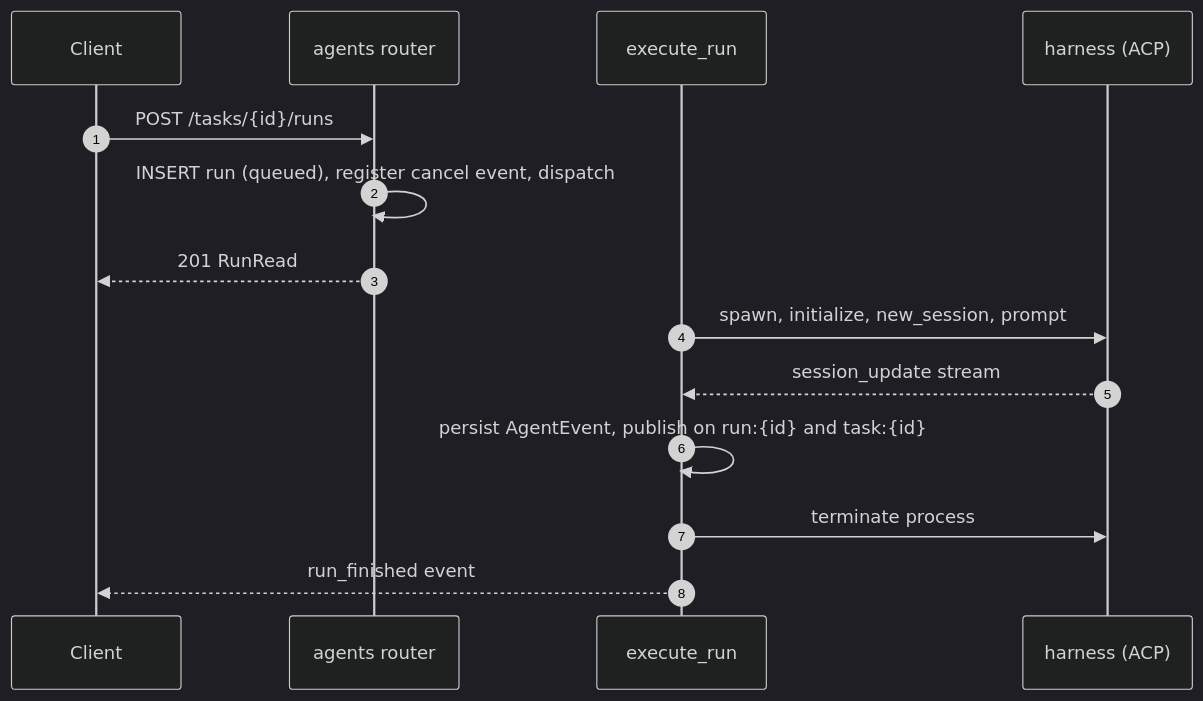
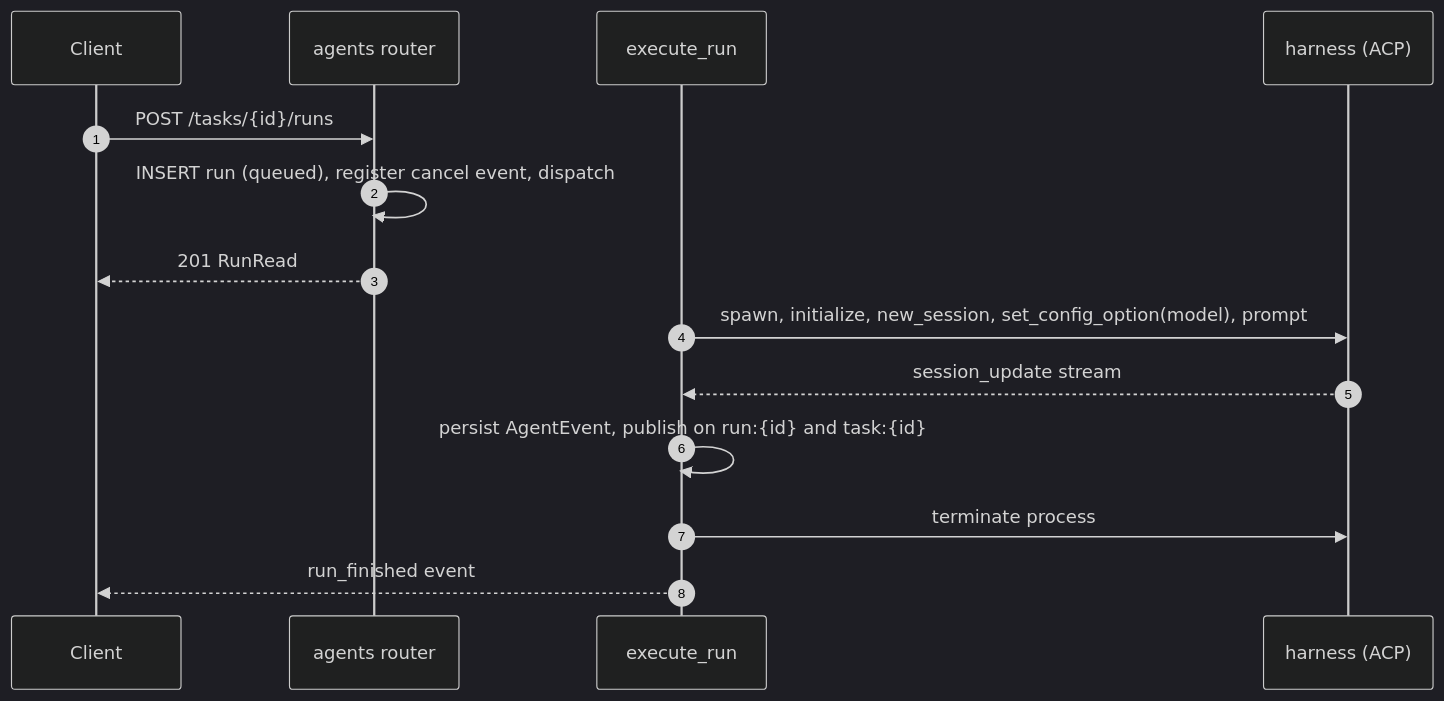
Before and after one commit to TomzxCode/agentic: the second of 2 diagrams in .sdlc/features/p5-agent-runs/specification.md, drawn with Mermaid (dark theme). The commit also changed other lines of this file and 12 other files, not shown here.

````diff
--- a/.sdlc/features/p5-agent-runs/specification.md
+++ b/.sdlc/features/p5-agent-runs/specification.md
@@ -98,16 +98,16 @@
 ```mermaid
 sequenceDiagram
     autonumber
     participant C as Client
     participant R as agents router
     participant X as execute_run
     participant H as harness (ACP)
     C->>R: POST /tasks/{id}/runs
     R->>R: INSERT run (queued), register cancel event, dispatch
     R-->>C: 201 RunRead
-    X->>H: spawn, initialize, new_session, prompt
+    X->>H: spawn, initialize, new_session, set_config_option(model), prompt
     H-->>X: session_update stream
     X->>X: persist AgentEvent, publish on run:{id} and task:{id}
     X->>H: terminate process
     X-->>C: run_finished event
 ```
````
